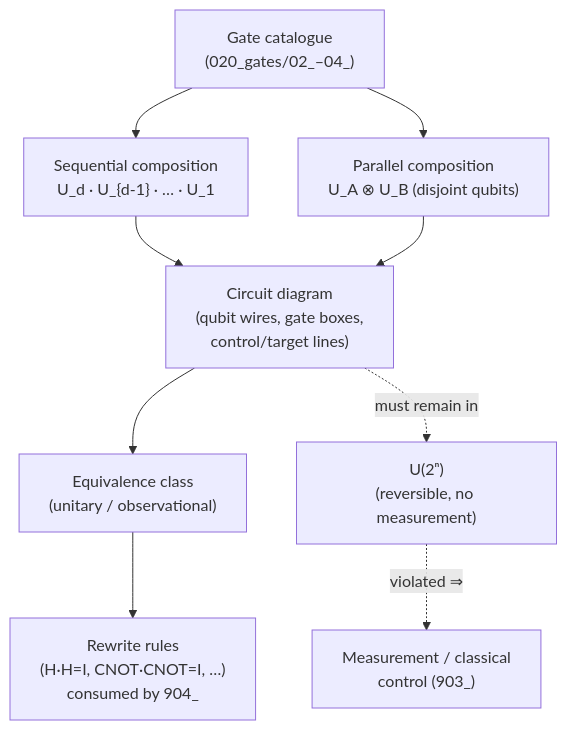
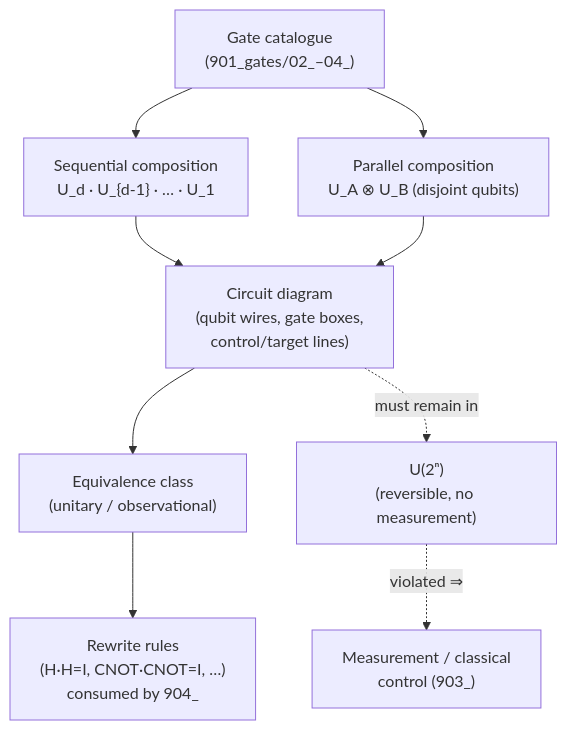
The diagram in Q+ATLANTIDE/900-999_QCSAA/900-909_Fundamentos-de-Computacion-Cuantica/030_circuits/901_Circuit-Definition-and-Composition.md (AmedeoPelliccia/Qplus-For-All-Queer-People-and-Quantum), drawn with Mermaid before and after one commit. The commit also changed other lines of this file and 17 other files, not shown here.

````diff
--- a/Q+ATLANTIDE/900-999_QCSAA/900-909_Fundamentos-de-Computacion-Cuantica/030_circuits/901_Circuit-Definition-and-Composition.md
+++ b/Q+ATLANTIDE/900-999_QCSAA/900-909_Fundamentos-de-Computacion-Cuantica/030_circuits/901_Circuit-Definition-and-Composition.md
@@ -53,11 +53,11 @@
 ```mermaid
 flowchart TD
-    G["Gate catalogue<br/>(020_gates/02_–04_)"] --> S["Sequential composition<br/>U_d · U_{d-1} · … · U_1"]
+    G["Gate catalogue<br/>(901_gates/02_–04_)"] --> S["Sequential composition<br/>U_d · U_{d-1} · … · U_1"]
     G --> P["Parallel composition<br/>U_A ⊗ U_B (disjoint qubits)"]
     S --> C["Circuit diagram<br/>(qubit wires, gate boxes,<br/>control/target lines)"]
     P --> C
     C --> E["Equivalence class<br/>(unitary / observational)"]
     E --> R["Rewrite rules<br/>(H·H=I, CNOT·CNOT=I, …)<br/>consumed by 904_"]
     C -. "must remain in" .-> U["U(2ⁿ)<br/>(reversible, no measurement)"]
     U -. "violated ⇒" .-> M["Measurement / classical<br/>control (903_)"]
 ```
````
